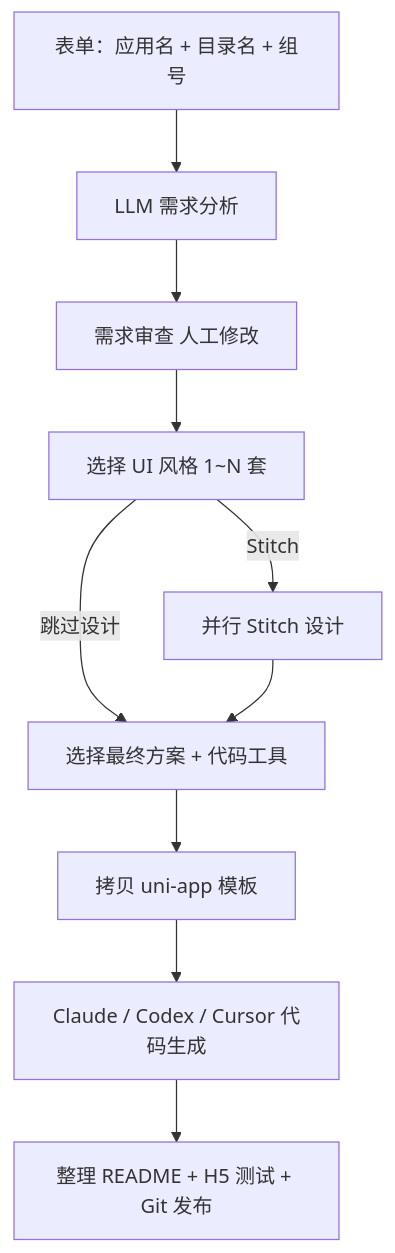
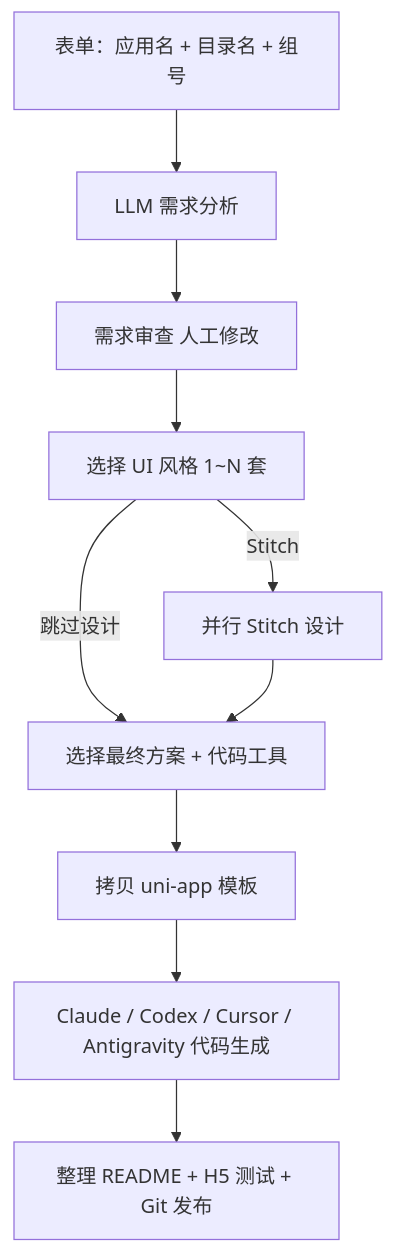
One commit to sisioow/workflow_uniapp changed the diagram in .harness/wiki/ARCHITECTURE.md. Above: the diagram before and after it, drawn with Mermaid. The commit also changed 14 other files, not shown here.

````diff
--- a/.harness/wiki/ARCHITECTURE.md
+++ b/.harness/wiki/ARCHITECTURE.md
@@ -5,12 +5,12 @@
 ```mermaid
 flowchart TD
     A[表单：应用名 + 目录名 + 组号] --> B[LLM 需求分析]
     B --> C[需求审查 人工修改]
     C --> D[选择 UI 风格 1~N 套]
     D -->|Stitch| E[并行 Stitch 设计]
     D -->|跳过设计| F[选择最终方案 + 代码工具]
     E --> F
     F --> G[拷贝 uni-app 模板]
-    G --> H[Claude / Codex / Cursor 代码生成]
+    G --> H[Claude / Codex / Cursor / Antigravity 代码生成]
     H --> I[整理 README + H5 测试 + Git 发布]
 ```
````
